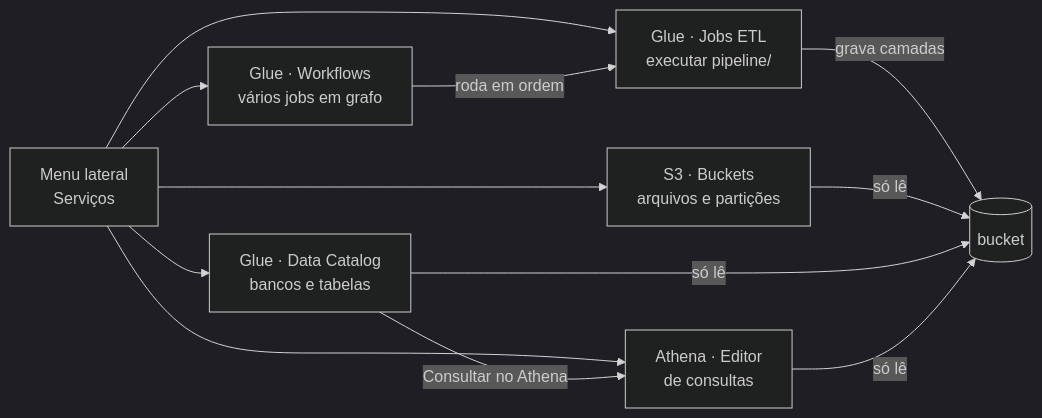
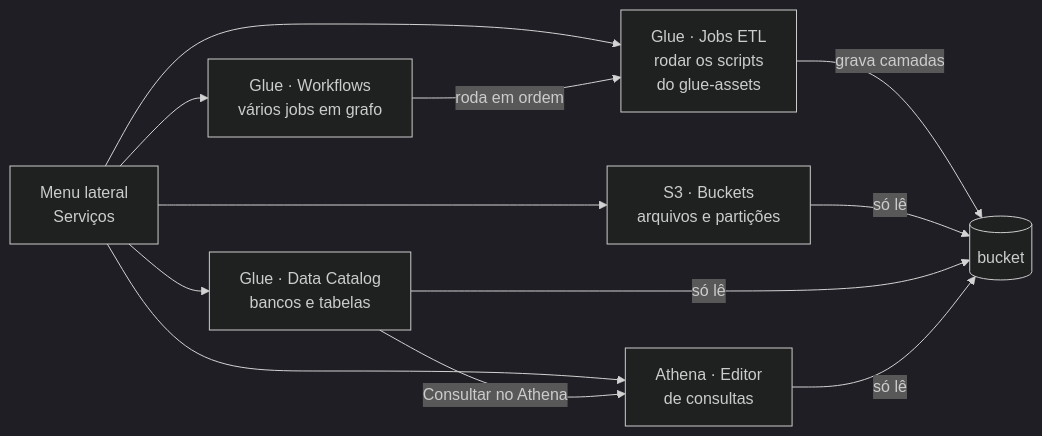
Before and after one commit to sertaoseracloud/projeto-final-tracking: the second of 6 diagrams in explorador/README.md, drawn with Mermaid (dark theme). The commit also changed other lines of this file and 17 other files, not shown here.

First line of the commit message:
Jobs e workflows moram no floci (bucket glue-assets), com botão Sincronizar

````diff
--- a/explorador/README.md
+++ b/explorador/README.md
@@ -74,14 +74,14 @@
 ```mermaid
 flowchart LR
     menu["Menu lateral<br/>Serviços"] --> s3["S3 · Buckets<br/>arquivos e partições"]
     menu --> cat["Glue · Data Catalog<br/>bancos e tabelas"]
-    menu --> jobs["Glue · Jobs ETL<br/>executar pipeline/"]
+    menu --> jobs["Glue · Jobs ETL<br/>rodar os scripts<br/>do glue-assets"]
     menu --> wf["Glue · Workflows<br/>vários jobs em grafo"]
     menu --> ath["Athena · Editor<br/>de consultas"]
     wf -->|roda em ordem| jobs
     jobs -->|grava camadas| bucket[("bucket")]
     s3 -->|só lê| bucket
     cat -->|só lê| bucket
     ath -->|só lê| bucket
     cat -->|Consultar no Athena| ath
 ```
````
